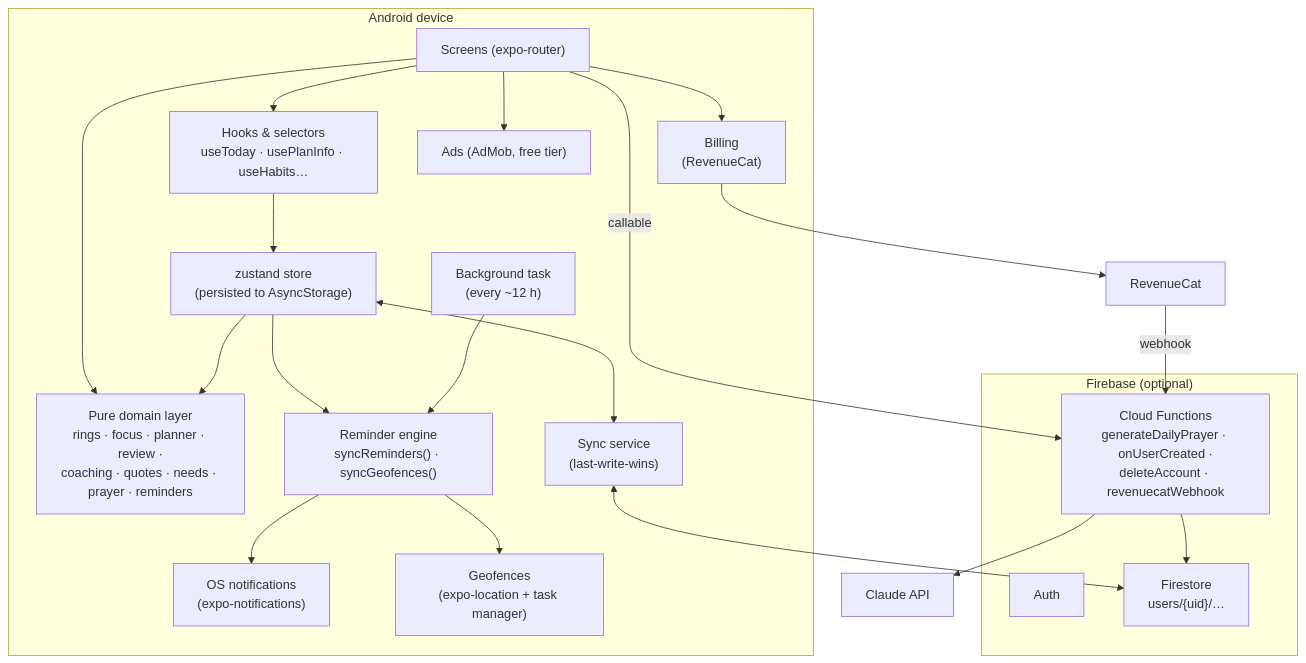
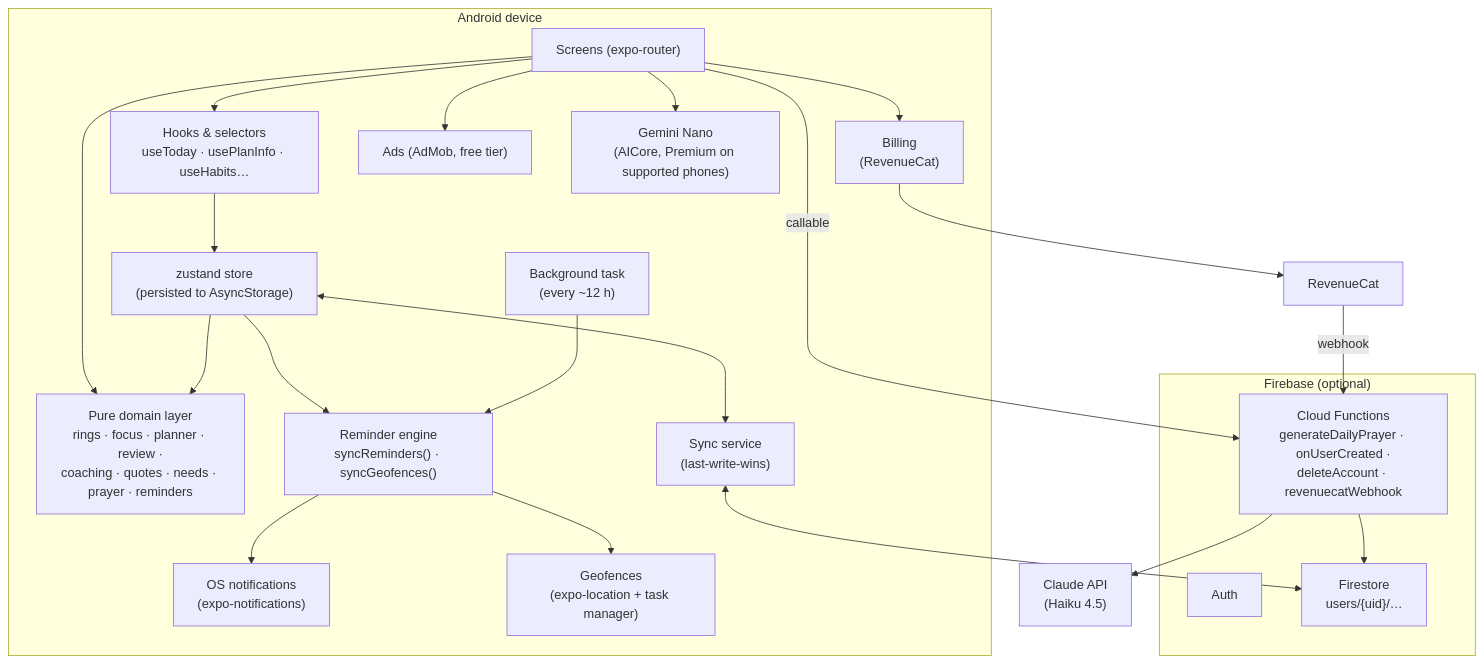
Before and after one commit to keshavkumar4699/after-she-left: the first of 2 diagrams in BLUEPRINT.md, drawn with Mermaid. The commit also changed other lines of this file and 31 other files, not shown here.

First line of the commit message:
Add three-tier prayer engine: template, Gemini Nano, Claude Haiku 4.5

````diff
--- a/BLUEPRINT.md
+++ b/BLUEPRINT.md
@@ -120,27 +123,28 @@
 ```mermaid
 flowchart TB
   subgraph Device["Android device"]
     UI["Screens (expo-router)"] --> Hooks["Hooks & selectors\nuseToday · usePlanInfo · useHabits…"]
     Hooks --> Store["zustand store\n(persisted to AsyncStorage)"]
     UI --> Domain["Pure domain layer\nrings · focus · planner · review ·\ncoaching · quotes · needs · prayer · reminders"]
     Store --> Domain
     Store --> Engine["Reminder engine\nsyncReminders() · syncGeofences()"]
     Engine --> OSN["OS notifications\n(expo-notifications)"]
     Engine --> Geo["Geofences\n(expo-location + task manager)"]
     BG["Background task\n(every ~12 h)"] --> Engine
     Store <--> Sync["Sync service\n(last-write-wins)"]
     UI --> Billing["Billing\n(RevenueCat)"]
     UI --> Ads["Ads (AdMob, free tier)"]
+    UI --> Nano["Gemini Nano\n(AICore, Premium on supported phones)"]
   end
   subgraph Cloud["Firebase (optional)"]
     Auth["Auth"]
     FS["Firestore\nusers/{uid}/…"]
     Fn["Cloud Functions\ngenerateDailyPrayer · onUserCreated ·\ndeleteAccount · revenuecatWebhook"]
   end
   Sync <--> FS
-  Fn --> Claude["Claude API"]
+  Fn --> Claude["Claude API\n(Haiku 4.5)"]
   Fn --> FS
   RC["RevenueCat"] -- webhook --> Fn
   Billing --> RC
   UI -- callable --> Fn
 ```
````
